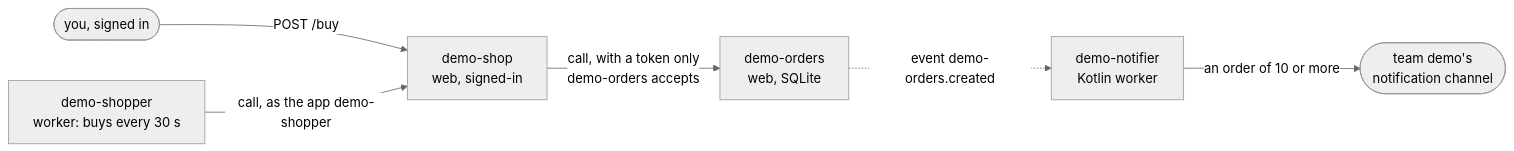
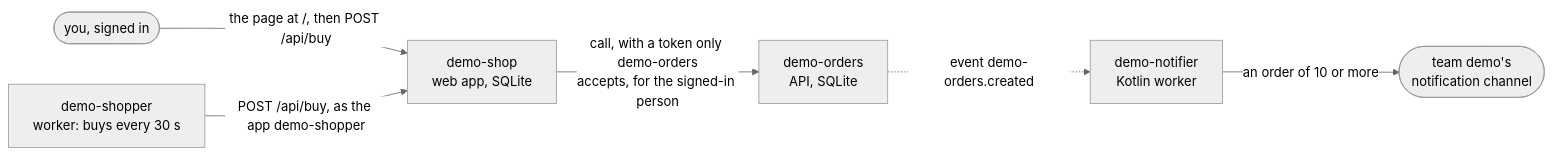
Before and after one commit to samclement/swhurl-platform: the first of 10 diagrams in docs/apps.md, drawn with Mermaid (neutral theme). The commit also changed other lines of this file and 2 other files, not shown here.

Commit message:
Record section 26 F5: demo-shop is a web app; demo apps docs follow

````diff
--- a/docs/apps.md
+++ b/docs/apps.md
@@ -22,8 +22,8 @@
 ```mermaid
 flowchart LR
-  person(["you, signed in"]) -- "POST /buy" --> shop
-  shopper["demo-shopper<br/>worker: buys every 30 s"] -- "call, as the app demo-shopper" --> shop["demo-shop<br/>web, signed-in"]
-  shop -- "call, with a token only<br/>demo-orders accepts" --> orders["demo-orders<br/>web, SQLite"]
+  person(["you, signed in"]) -- "the page at /, then POST /api/buy" --> shop
+  shopper["demo-shopper<br/>worker: buys every 30 s"] -- "POST /api/buy, as the app demo-shopper" --> shop["demo-shop<br/>web app, SQLite"]
+  shop -- "call, with a token only demo-orders<br/>accepts, for the signed-in person" --> orders["demo-orders<br/>API, SQLite"]
   orders -. "event demo-orders.created" .-> notifier["demo-notifier<br/>Kotlin worker"]
   notifier -- "an order of 10 or more" --> team(["team demo's<br/>notification channel"])
 ```
````
